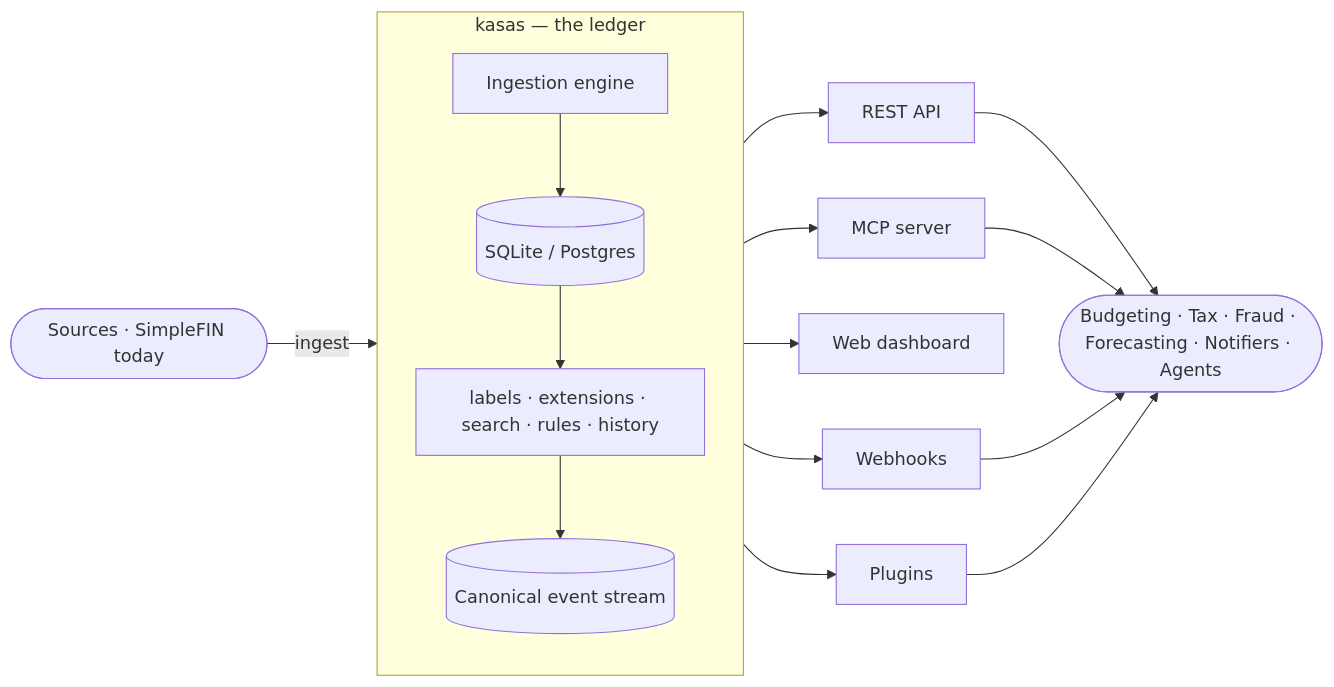
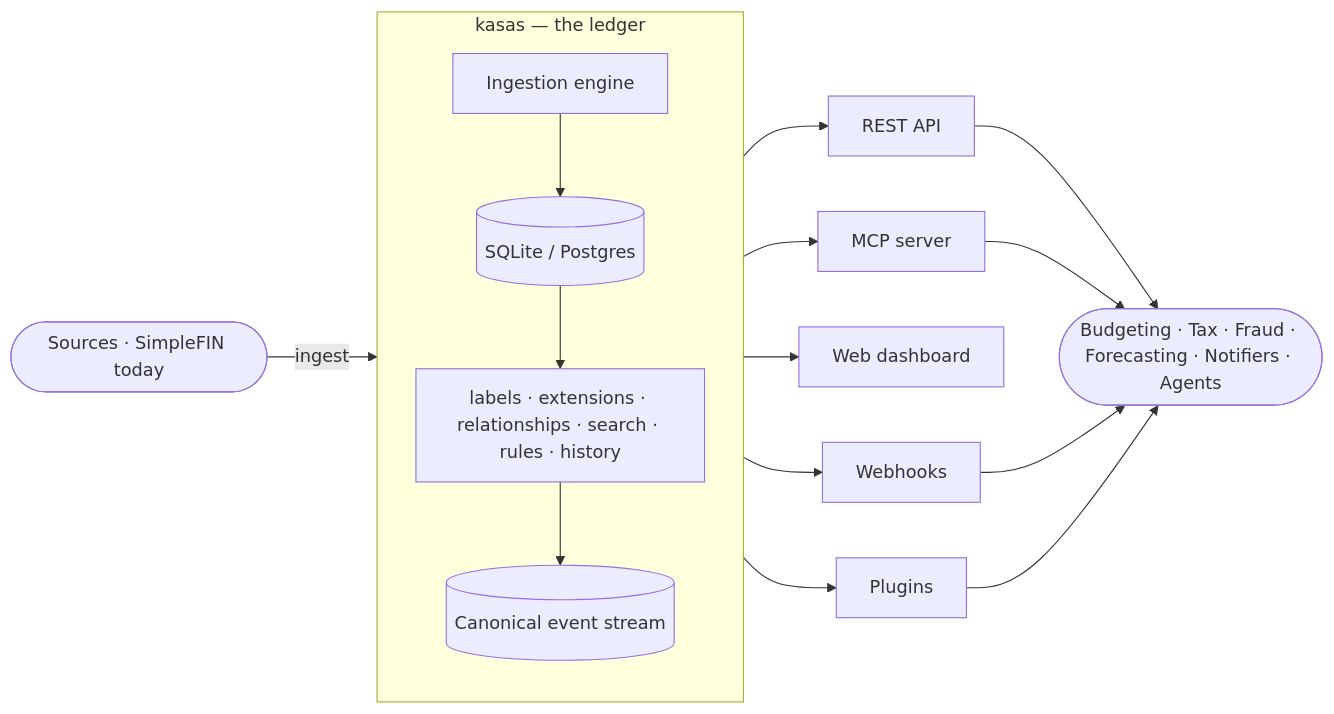
Before and after one commit to paulmeier/kasas: the diagram in README.md, drawn with Mermaid. The commit also changed other lines of this file and 42 other files, not shown here.

````diff
--- a/README.md
+++ b/README.md
@@ -35,22 +35,22 @@
 ```mermaid
 flowchart LR
     SRC([Sources · SimpleFIN today]) -->|ingest| K
 
     subgraph K[kasas — the ledger]
         direction TB
         SYNC[Ingestion engine] --> DB[(SQLite / Postgres)]
-        DB --> CORE[labels · extensions · search · rules · history]
+        DB --> CORE[labels · extensions · relationships · search · rules · history]
         CORE --> EV[(Canonical event stream)]
     end
 
     K --> REST[REST API]
     K --> MCP[MCP server]
     K --> DASH[Web dashboard]
     EV --> WH[Webhooks]
     EV --> PL[Plugins]
 
     REST --> APPS([Budgeting · Tax · Fraud · Forecasting · Notifiers · Agents])
     MCP --> APPS
     WH --> APPS
     PL --> APPS
 ```
````
